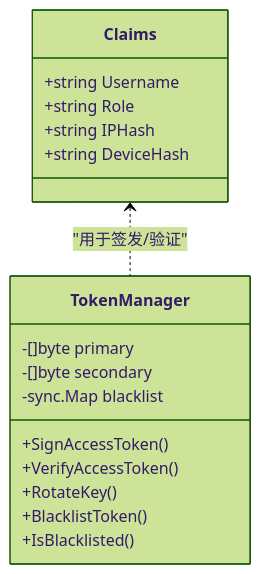
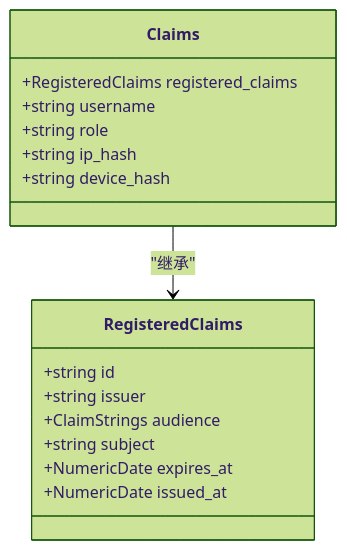
One commit to x01n/My-OpenWaf changed the second of 12 diagrams in docs/管理 API 系统/REST API 设计规范/认证授权机制.md. Above: the diagram before and after it, drawn with Mermaid (forest theme). The commit also changed other lines of this file and 199 other files, not shown here.

````diff
--- a/docs/管理 API 系统/REST API 设计规范/认证授权机制.md
+++ b/docs/管理 API 系统/REST API 设计规范/认证授权机制.md
@@ -158,20 +91,19 @@
 ```mermaid
 classDiagram
 class Claims {
-+string Username
-+string Role
-+string IPHash
-+string DeviceHash
++RegisteredClaims registered_claims
++string username
++string role
++string ip_hash
++string device_hash
 }
-class TokenManager {
--[]byte primary
--[]byte secondary
--sync.Map blacklist
-+SignAccessToken()
-+VerifyAccessToken()
-+RotateKey()
-+BlacklistToken()
-+IsBlacklisted()
+class RegisteredClaims {
++string id
++string issuer
++ClaimStrings audience
++string subject
++NumericDate expires_at
++NumericDate issued_at
 }
-Claims <.. TokenManager : "用于签发/验证"
+Claims --> RegisteredClaims : "继承"
 ```
````
